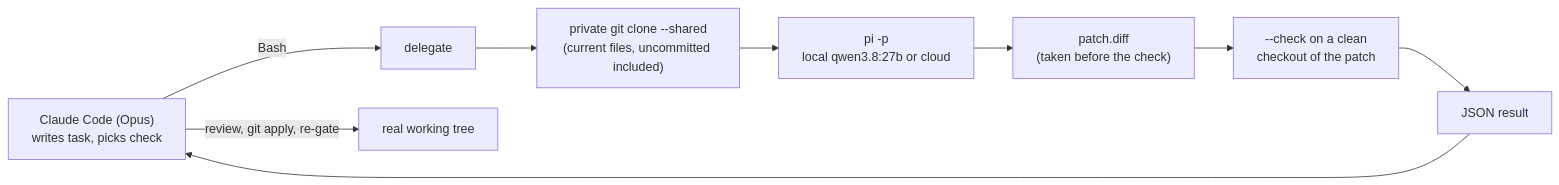
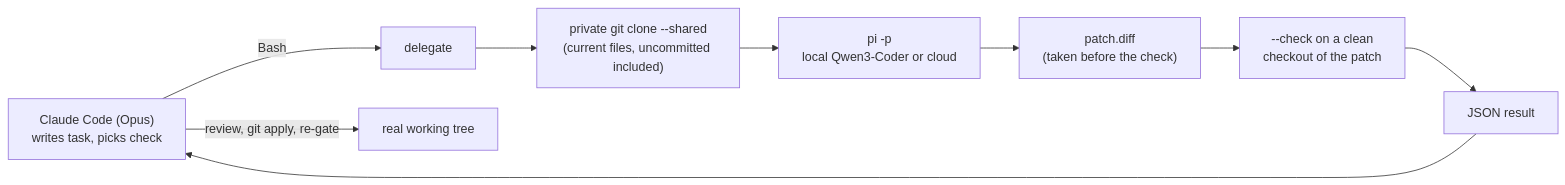
Before and after one commit to szaghi/dotfiles: the diagram in docs/claude/delegate.md, drawn with Mermaid. The commit also changed other lines of this file and 7 other files, not shown here.

````diff
--- a/docs/claude/delegate.md
+++ b/docs/claude/delegate.md
@@ -22,11 +22,11 @@
 ```mermaid
 flowchart LR
     O["Claude Code (Opus)<br/>writes task, picks check"] -->|Bash| D["delegate"]
     D --> W["private git clone --shared<br/>(current files, uncommitted included)"]
-    W --> P["pi -p<br/>local qwen3.8:27b or cloud"]
+    W --> P["pi -p<br/>local Qwen3-Coder or cloud"]
     P --> X["patch.diff<br/>(taken before the check)"]
     X --> C["--check on a clean<br/>checkout of the patch"]
     C --> J["JSON result"]
     J --> O
     O -->|review, git apply, re-gate| R["real working tree"]
 ```
````
